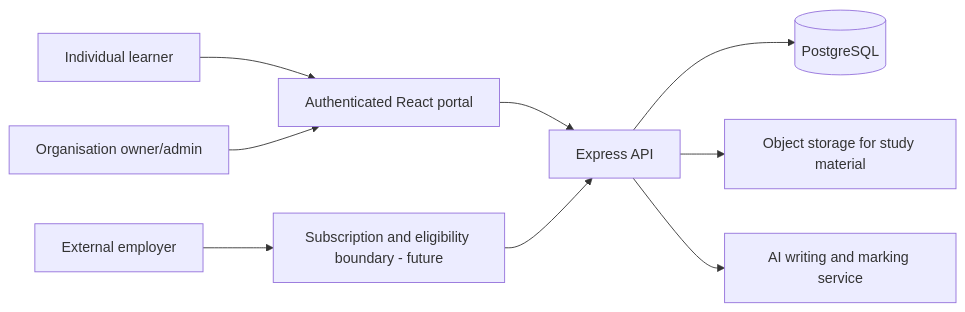
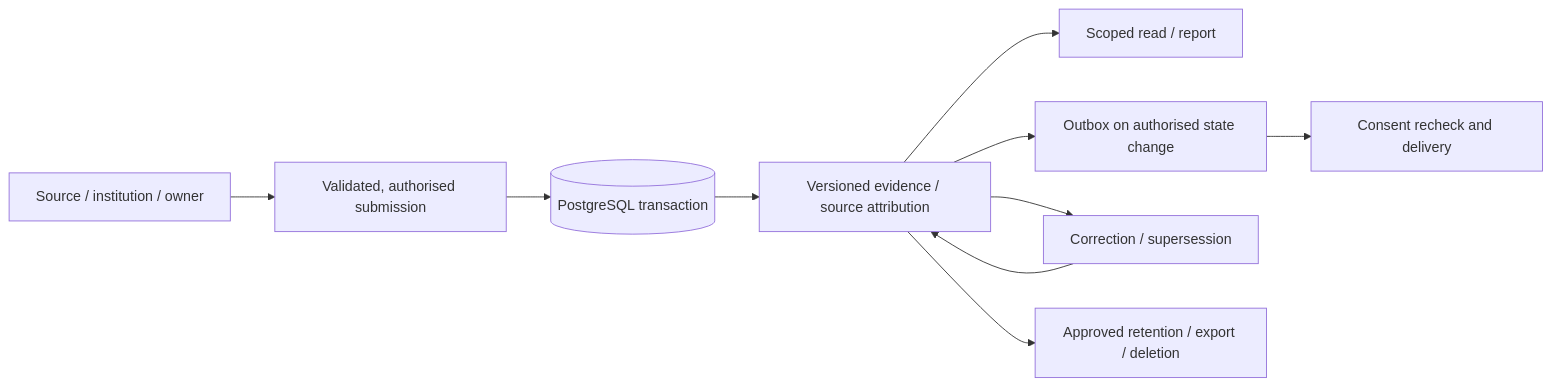
One commit to CayelaemJ/Training-and-Development-Hub changed the fifth of 11 diagrams in docs/ARCHITECTURE.md. Above: the diagram before and after it, drawn with Mermaid. The commit also changed other lines of this file, not shown here.

First line of the commit message:
docs: document full CABO Learning Hub system architecture (#214)

````diff
--- a/docs/ARCHITECTURE.md
+++ b/docs/ARCHITECTURE.md
@@ -13,11 +359,12 @@
 ```mermaid
 flowchart LR
- A[Individual learner] --> B[Authenticated React portal]
- E[Organisation owner/admin] --> B
- B --> C[Express API]
- C --> D[(PostgreSQL)]
- C --> F[Object storage for study material]
- C --> G[AI writing and marking service]
- H[External employer] --> I[Subscription and eligibility boundary - future]
- I --> C
+  S[Source / institution / owner] --> V[Validated, authorised submission]
+  V --> T[(PostgreSQL transaction)]
+  T --> E[Versioned evidence / source attribution]
+  E --> R[Scoped read / report]
+  E --> O[Outbox on authorised state change]
+  O --> D[Consent recheck and delivery]
+  E --> X[Correction / supersession]
+  X --> E
+  E --> Z[Approved retention / export / deletion]
 ```
````
